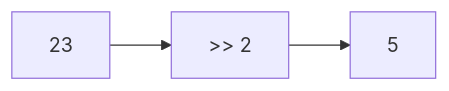
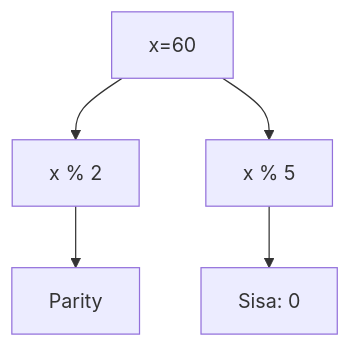
Before and after one commit to amnahwaida/OSNK_INF_PREP: diagram 15 of 25 in part-c-pemahaman-cpp/06-bitwise/latihan/set-03.md, drawn with Mermaid. The commit also changed other lines of this file and 71 other files, not shown here.

````diff
--- a/part-c-pemahaman-cpp/06-bitwise/latihan/set-03.md
+++ b/part-c-pemahaman-cpp/06-bitwise/latihan/set-03.md
@@ -474,5 +445,7 @@
 ```mermaid
-graph LR
-    A[23] --> B[">> 2"]
-    B --> C[5]
+graph TD
+A[x=60] --> B[x % 2]
+B --> C[Parity]
+A --> D[x % 5]
+D --> E[Sisa: 0]
 ```
````
